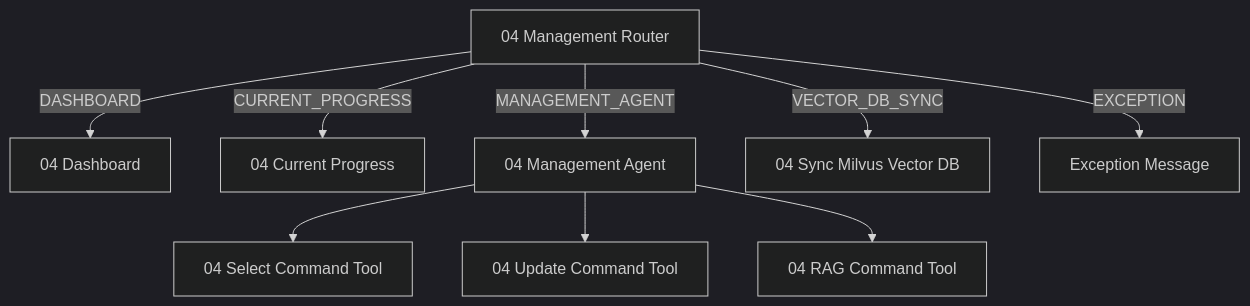
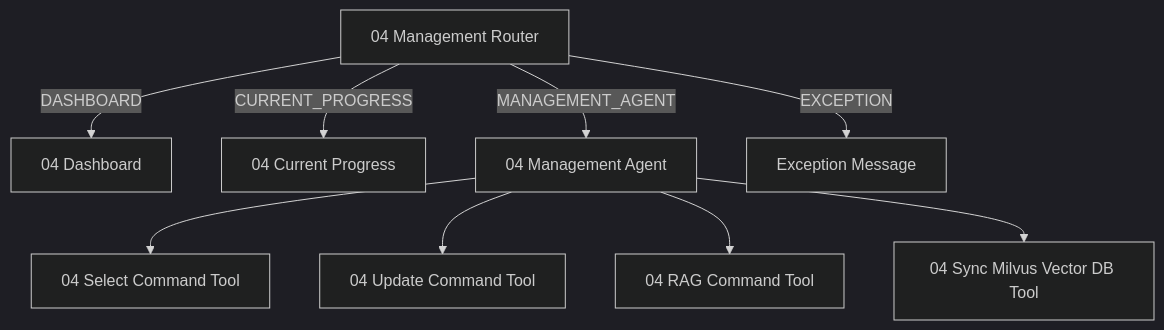
The third of 5 diagrams in smartMigrate_2.0_Langflow/00_guide/00_architecture_chapter2_chat_management.md (seongikjin227-jpg/refactoring_smartMigrate), drawn with Mermaid (dark theme) before and after one commit. The commit also changed other lines of this file and 7 other files, not shown here.

Commit message:
fix : vectorDB Tool 변경

````diff
--- a/smartMigrate_2.0_Langflow/00_guide/00_architecture_chapter2_chat_management.md
+++ b/smartMigrate_2.0_Langflow/00_guide/00_architecture_chapter2_chat_management.md
@@ -61,11 +61,11 @@
 ```mermaid
 flowchart TD
     M[04 Management Router] -->|DASHBOARD| DASH[04 Dashboard]
     M -->|CURRENT_PROGRESS| PROG[04 Current Progress]
     M -->|MANAGEMENT_AGENT| QA[04 Management Agent]
     QA --> TOOL_SELECT[04 Select Command Tool]
     QA --> TOOL_UPDATE[04 Update Command Tool]
     QA --> TOOL_RAG[04 RAG Command Tool]
-    M -->|VECTOR_DB_SYNC| VDB[04 Sync Milvus Vector DB]
+    QA --> TOOL_SYNC[04 Sync Milvus Vector DB Tool]
     M -->|EXCEPTION| EX[Exception Message]
 ```
````
